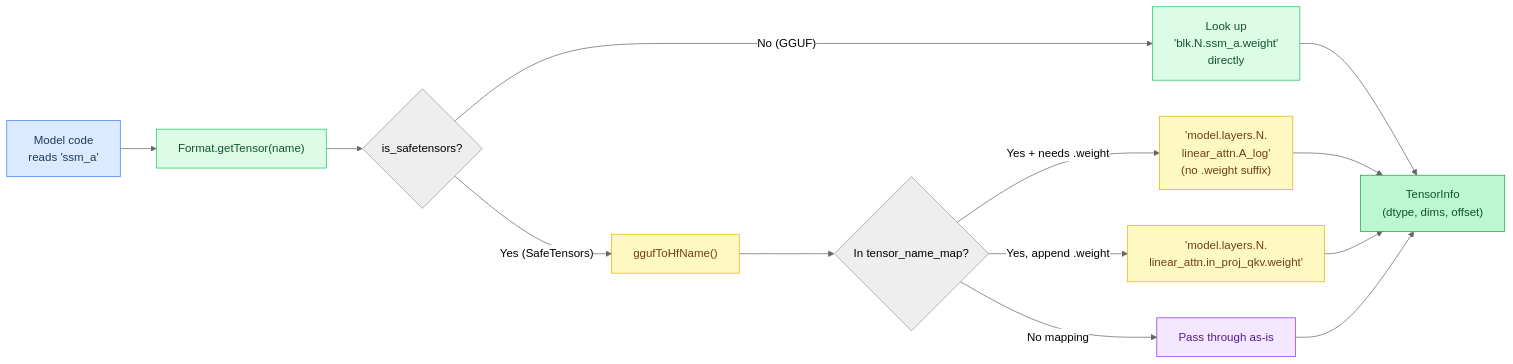
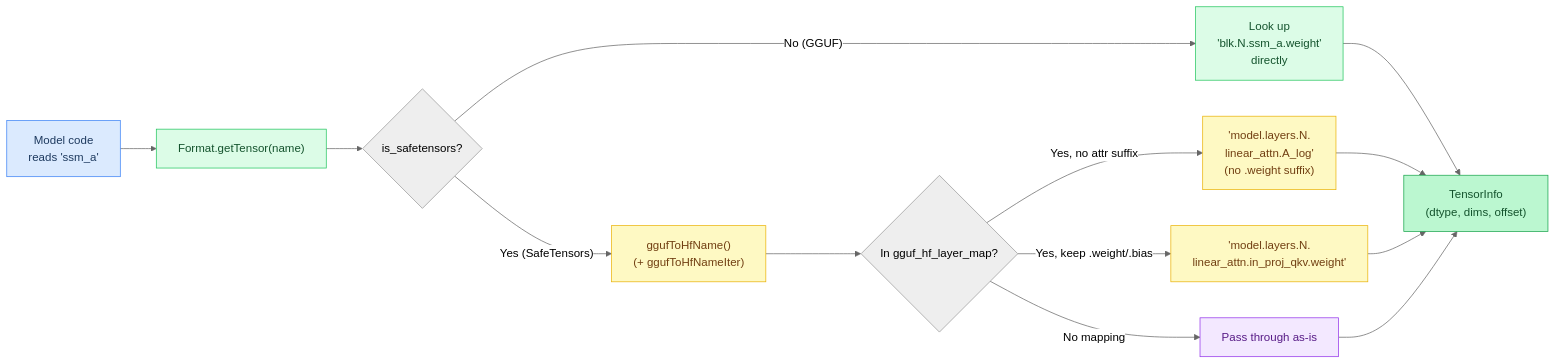
The seventh of 9 diagrams in docs/tutorial/14-format-conventions.md (maci0/agave), drawn with Mermaid (neutral theme) before and after one commit. The commit also changed other lines of this file and 23 other files, not shown here.

````diff
--- a/docs/tutorial/14-format-conventions.md
+++ b/docs/tutorial/14-format-conventions.md
@@ -567,31 +528,31 @@
 ```mermaid
 flowchart LR
     classDef setup     fill:#dbeafe,stroke:#3b82f6,color:#1e3a5f
     classDef sync      fill:#dcfce7,stroke:#22c55e,color:#14532d
     classDef migration fill:#fef9c3,stroke:#eab308,color:#713f12
     classDef success   fill:#bbf7d0,stroke:#16a34a,color:#14532d
     classDef danger    fill:#fee2e2,stroke:#ef4444,color:#7f1d1d
     classDef optional  fill:#f3e8ff,stroke:#9333ea,color:#581c87
 
     Model["Model code\nreads 'ssm_a'"]:::setup
     Lookup["Format.getTensor(name)"]:::sync
     GGUFLookup["Look up\n'blk.N.ssm_a.weight'\ndirectly"]:::sync
-    Translate["ggufToHfName()"]:::migration
+    Translate["ggufToHfName()\n(+ ggufToHfNameIter)"]:::migration
     HFName["'model.layers.N.\nlinear_attn.A_log'\n(no .weight suffix)"]:::migration
     HFNameW["'model.layers.N.\nlinear_attn.in_proj_qkv.weight'"]:::migration
     PassThru["Pass through as-is"]:::optional
     TensorInfo["TensorInfo\n(dtype, dims, offset)"]:::success
 
     Model --> Lookup
     Lookup --> Branch{"is_safetensors?"}
     Branch -->|"No (GGUF)"| GGUFLookup
     Branch -->|"Yes (SafeTensors)"| Translate
-    Translate --> Map{"In tensor_name_map?"}
-    Map -->|"Yes + needs .weight"| HFName
-    Map -->|"Yes, append .weight"| HFNameW
+    Translate --> Map{"In gguf_hf_layer_map?"}
+    Map -->|"Yes, no attr suffix"| HFName
+    Map -->|"Yes, keep .weight/.bias"| HFNameW
     Map -->|"No mapping"| PassThru
     GGUFLookup --> TensorInfo
     HFName --> TensorInfo
     HFNameW --> TensorInfo
     PassThru --> TensorInfo
 ```
````
